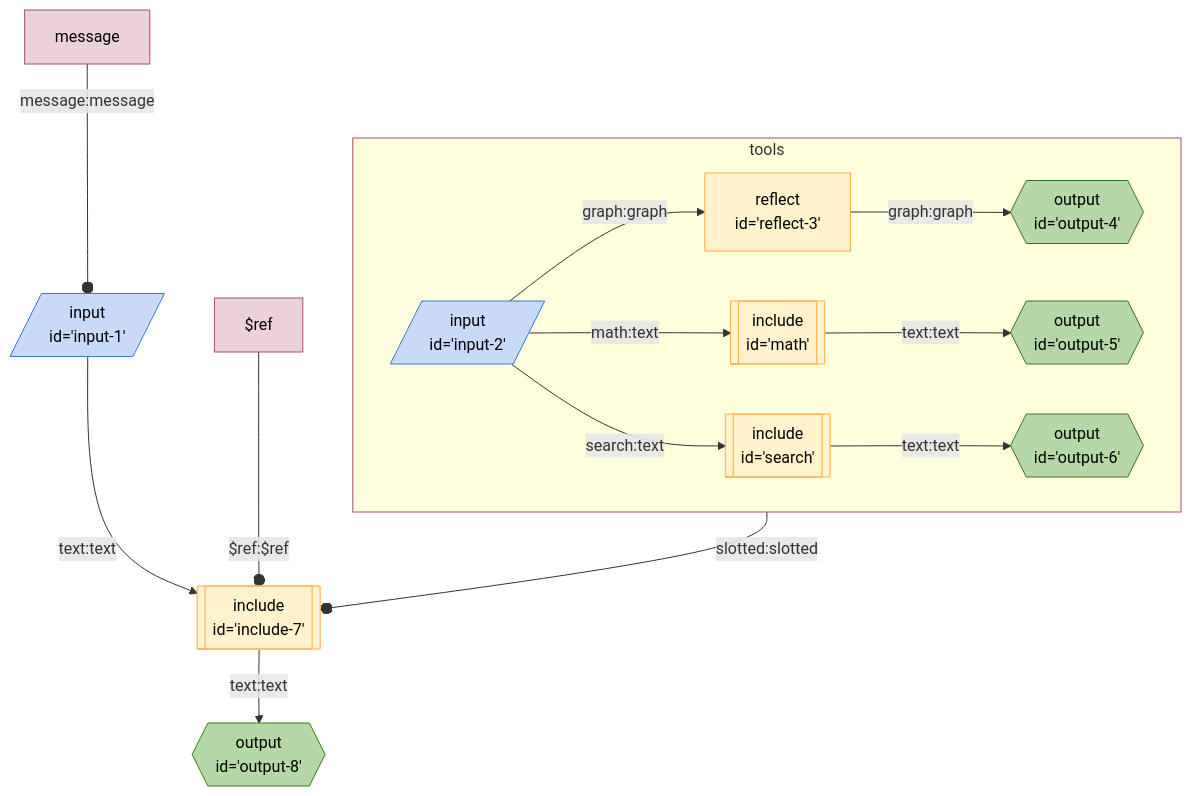
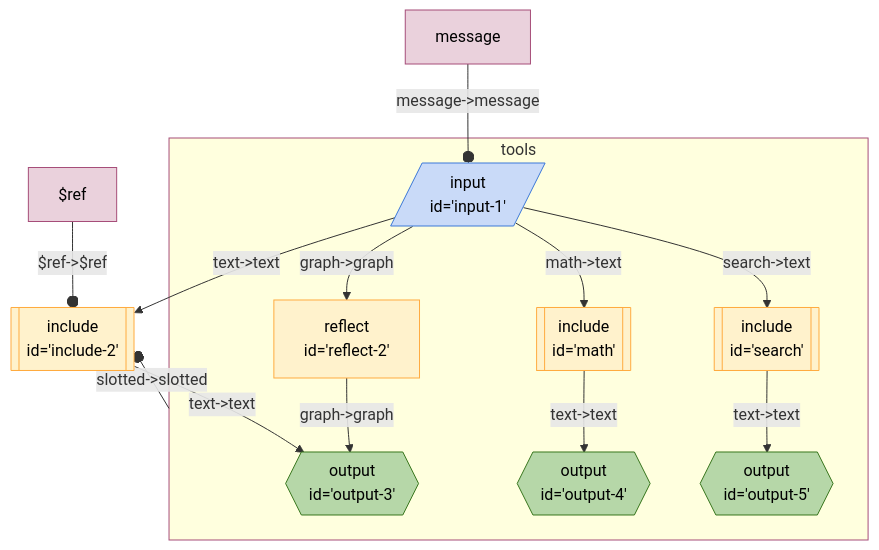
The diagram in seeds/graph-playground/examples/call-react-with-slot.md (breadboard-ai/breadboard), drawn with Mermaid before and after one commit. The commit also changed 41 other files, not shown here.

````diff
--- a/seeds/graph-playground/examples/call-react-with-slot.md
+++ b/seeds/graph-playground/examples/call-react-with-slot.md
@@ -3,43 +3,43 @@
 ```mermaid
 %%{init: 'themeVariables': { 'fontFamily': 'Fira Code, monospace' }}%%
 graph TD;
-include7[["include
-id='include-7'"]]:::include -- text:text --> output8{{"output
-id='output-8'"}}:::output
+include2[["include
+id='include-2'"]]:::include -- "text->text" --> output3{{"output
+id='output-3'"}}:::output
 subgraph tools
-reflect3["reflect
-id='reflect-3'"] -- graph:graph --> output4{{"output
+reflect2["reflect
+id='reflect-2'"] -- "graph->graph" --> output3{{"output
+id='output-3'"}}:::output
+input1[/"input
+id='input-1'"/]:::input -- "graph->graph" --> reflect2["reflect
+id='reflect-2'"]
+math[["include
+id='math'"]]:::include -- "text->text" --> output4{{"output
 id='output-4'"}}:::output
-input2[/"input
-id='input-2'"/]:::input -- graph:graph --> reflect3["reflect
-id='reflect-3'"]
-math[["include
-id='math'"]]:::include -- text:text --> output5{{"output
-id='output-5'"}}:::output
-input2[/"input
-id='input-2'"/]:::input -- math:text --> math[["include
+input1[/"input
+id='input-1'"/]:::input -- "math->text" --> math[["include
 id='math'"]]:::include
 search[["include
-id='search'"]]:::include -- text:text --> output6{{"output
-id='output-6'"}}:::output
-input2[/"input
-id='input-2'"/]:::input -- search:text --> search[["include
+id='search'"]]:::include -- "text->text" --> output5{{"output
+id='output-5'"}}:::output
+input1[/"input
+id='input-1'"/]:::input -- "search->text" --> search[["include
 id='search'"]]:::include
 end
-tools:::slotted --slotted:slotted--o include7
+tools:::slotted -- "slotted->slotted" --o include2
 
 input1[/"input
-id='input-1'"/]:::input -- text:text --> include7[["include
-id='include-7'"]]:::include
-messageinput1[message]:::config -- message:message --o input1
-$refinclude7[$ref]:::config -- $ref:$ref --o include7
+id='input-1'"/]:::input -- "text->text" --> include2[["include
+id='include-2'"]]:::include
+messageinput1[message]:::config -- "message->message" --o input1
+$refinclude2[$ref]:::config -- "$ref->$ref" --o include2
 
 classDef default stroke:#ffab40,fill:#fff2ccff,color:#000
 classDef input stroke:#3c78d8,fill:#c9daf8ff,color:#000
 classDef output stroke:#38761d,fill:#b6d7a8ff,color:#000
 classDef passthrough stroke:#a64d79,fill:#ead1dcff,color:#000
 classDef slot stroke:#a64d79,fill:#ead1dcff,color:#000
 classDef config stroke:#a64d79,fill:#ead1dcff,color:#000
 classDef secrets stroke:#db4437,fill:#f4cccc,color:#000
 classDef slotted stroke:#a64d79
 ```
````
